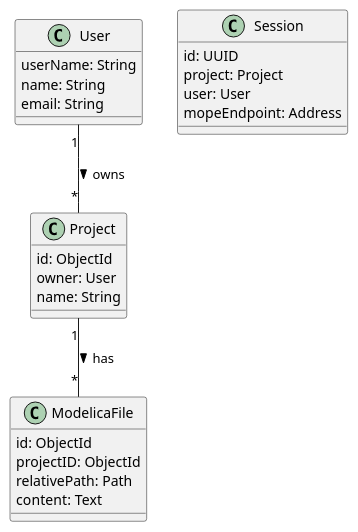
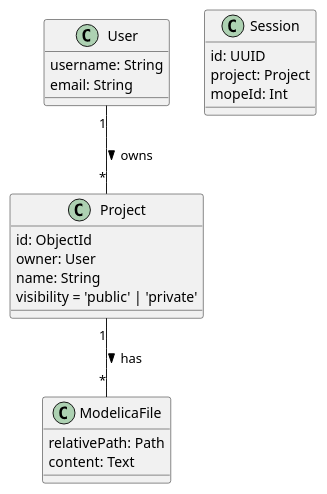
The diagram in doc/images/domain-model.puml (THM-MoTE/webmodelica), drawn with PlantUML before and after one commit. The commit also changed 3 other files, not shown here.

Commit message:
update diagrams

```diff
--- a/doc/images/domain-model.puml
+++ b/doc/images/domain-model.puml
@@ -1,33 +1,30 @@
 @startuml
 
 class User {
-  userName: String
-  name: String
+  username: String
   email: String
 }
 
 class Project {
   id: ObjectId
   owner: User
   name: String
+  visibility = 'public' | 'private'
 }
 
 
 class ModelicaFile {
-  id: ObjectId
-  projectID: ObjectId
   relativePath: Path
   content: Text
 }
 
 class Session {
   id: UUID
   project: Project
-  user: User
-  mopeEndpoint: Address
+  mopeId: Int
 }
 
 Project "1"--"*" ModelicaFile : has >
 User "1"--"*" Project : owns >
 
 @enduml
```
